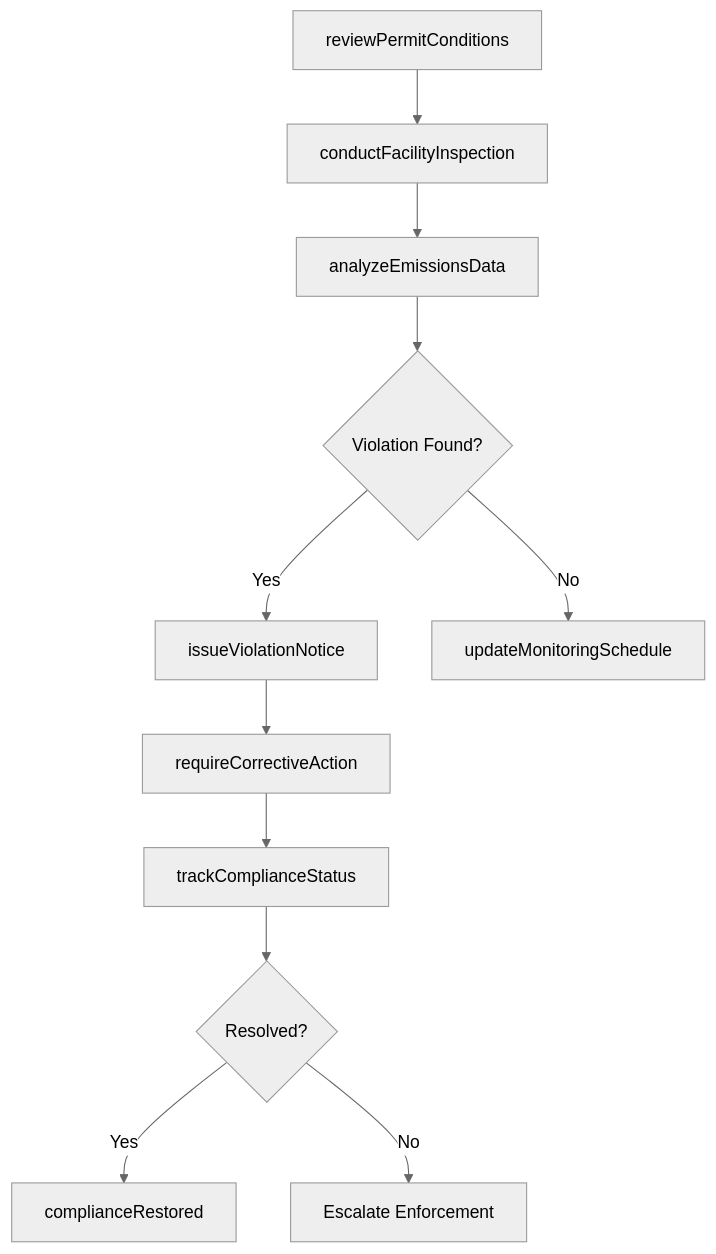
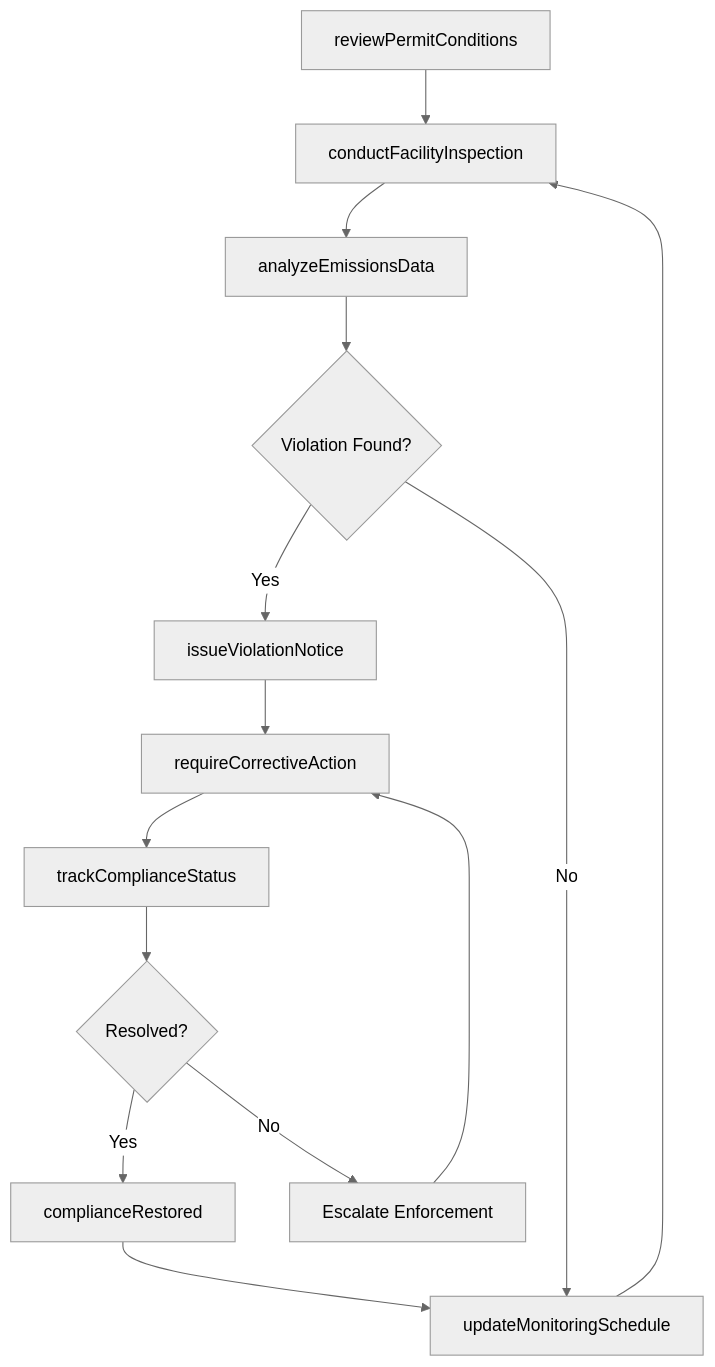
One commit to dot-org-ai/tasks.org.ai changed the third of 4 diagrams in MonitoringProcessesMaterialsOrSurroundings/MonitorEnvironmentalConditions/MonitorActivitiesAffectingEnvironmentalQuality.mdx. Above: the diagram before and after it, drawn with Mermaid (neutral theme). The commit also changed other lines of this file and 307 other files, not shown here.

First line of the commit message:
feat: Add ER diagrams and state diagrams to remaining 308 DWA task files (wave 3 complete)

````diff
--- a/MonitoringProcessesMaterialsOrSurroundings/MonitorEnvironmentalConditions/MonitorActivitiesAffectingEnvironmentalQuality.mdx
+++ b/MonitoringProcessesMaterialsOrSurroundings/MonitorEnvironmentalConditions/MonitorActivitiesAffectingEnvironmentalQuality.mdx
@@ -86,13 +115,16 @@
 ```mermaid
 graph TD
     A[reviewPermitConditions] --> B[conductFacilityInspection]
     B --> C[analyzeEmissionsData]
     C --> D{Violation Found?}
     D -->|Yes| E[issueViolationNotice]
     E --> F[requireCorrectiveAction]
     F --> G[trackComplianceStatus]
     G --> H{Resolved?}
     H -->|Yes| I[complianceRestored]
     H -->|No| J[Escalate Enforcement]
+    J --> F
     D -->|No| K[updateMonitoringSchedule]
+    K --> B
+    I --> K
 ```
````
